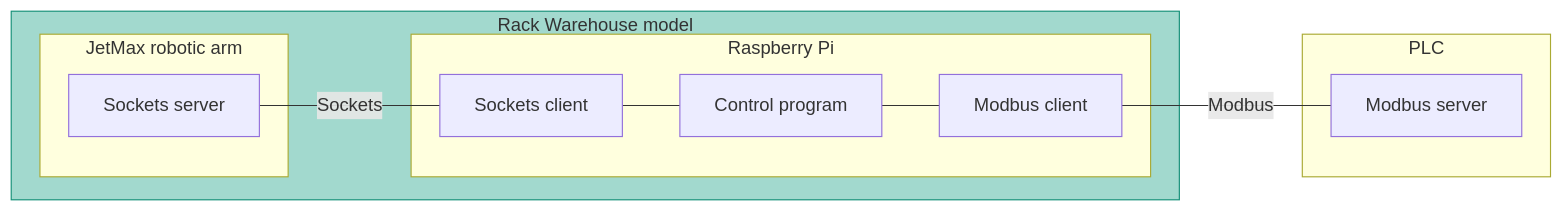
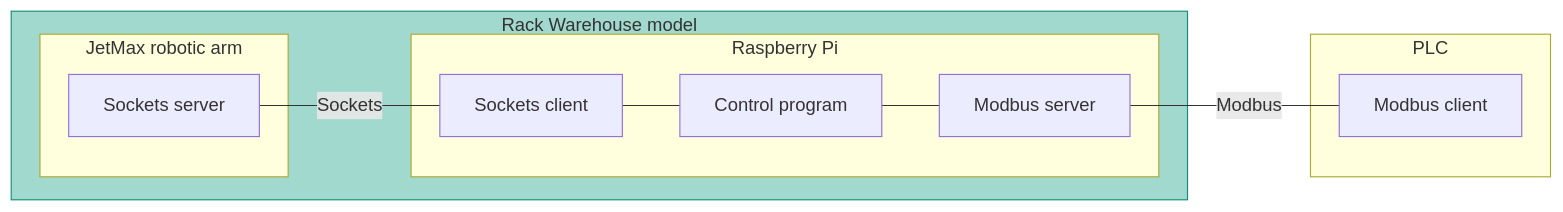
The first of 2 diagrams in README.md (fsprojekti/rack-warehouse-jetmax), drawn with Mermaid before and after one commit. The commit also changed other lines of this file, not shown here.

````diff
--- a/README.md
+++ b/README.md
@@ -32,19 +36,19 @@
 ```mermaid
 graph LR
 subgraph FF[Rack Warehouse model]
   subgraph JetMax robotic arm 
     D[Sockets server]
   end
   subgraph Raspberry Pi
     E[Sockets client]
     F[Control program]
-    B[Modbus client]
+    B[Modbus server]
   end
 end
   subgraph PLC
-    C[Modbus server]
+    C[Modbus client]
   end
     D---|Sockets|E---F---B---|Modbus|C
 
 style FF fill:#A2D9CE, stroke:#148F77    
 ```
````
